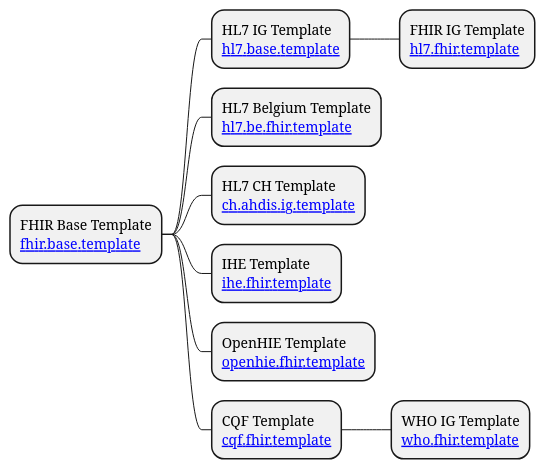
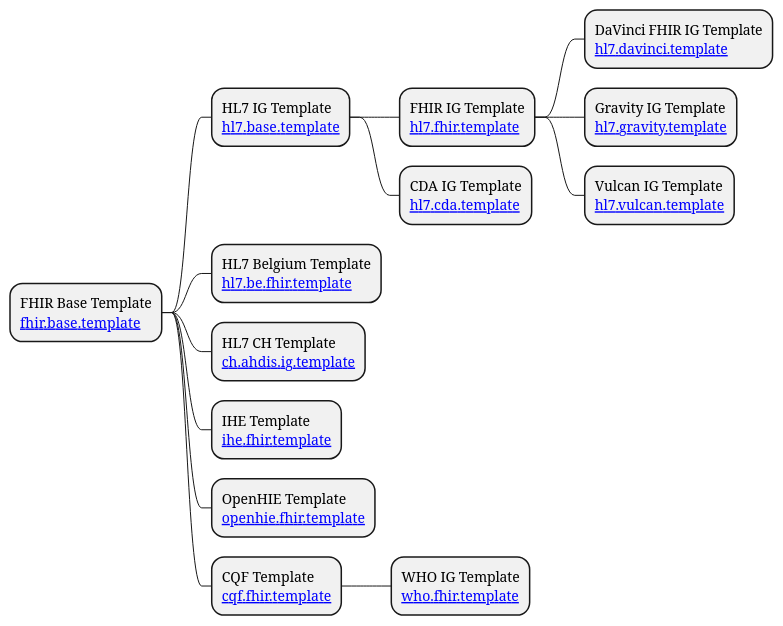
Before and after one commit to costateixeira/ig_templates: the diagram in templates.pu, drawn with PlantUML.

```diff
--- a/templates.pu
+++ b/templates.pu
@@ -1,13 +1,18 @@
 @startmindmap
 * FHIR Base Template\n[[https://github.com/HL7/ig-template-base{https://github.com/HL7/ig-template-base} fhir.base.template]]
 ** HL7 IG Template\n[[https://github.com/HL7/ig-template-hl7{https://github.com/HL7/ig-template-hl7} hl7.base.template]]
 *** FHIR IG Template\n[[https://github.com/HL7/ig-template-fhir{https://github.com/HL7/ig-template-fhir} hl7.fhir.template]]
+**** DaVinci FHIR IG Template\n[[https://github.com/HL7/ig-template-davinci{https://github.com/HL7/ig-template-davinci} hl7.davinci.template]]
+**** Gravity IG Template\n[[https://github.com/HL7/ig-template-gravity{https://github.com/HL7/ig-template-gravity} hl7.gravity.template]]
+**** Vulcan IG Template\n[[https://github.com/HL7/ig-template-vulcan{https://github.com/HL7/ig-template-vulcan} hl7.vulcan.template]]
+*** CDA IG Template\n[[https://github.com/HL7/ig-template-cda{https://github.com/HL7/ig-template-cda} hl7.cda.template]]
+
 '**** HL7 IT Template\n[[https://github.com/HL7/ig-template-fhir{} hl7.it.fhir.template]]
 '** FHIR Affiliate IG Template\n[[hl7.affiliates.fhir.template]]
 ** HL7 Belgium Template\n[[https://github.com/hl7-be/hl7.be.fhir.template{https://github.com/hl7-be/hl7.be.fhir.template} hl7.be.fhir.template]]
 ** HL7 CH Template\n[[https://github.com/ahdis/ig-template{https://github.com/ahdis/ig-template} ch.ahdis.ig.template]]
 ** IHE Template\n[[https://github.com/IHE/ihe-ig-template{https://github.com/IHE/ihe-ig-template} ihe.fhir.template]]
 ** OpenHIE Template\n[[https://github.com/openhie/openhie-ig-template{https://github.com/openhie/openhie-ig-template} openhie.fhir.template]]
 ** CQF Template\n[[https://github.com/cqframework/cqf-ig-template{https://github.com/cqframework/cqf-ig-template} cqf.fhir.template]]
 *** WHO IG Template\n[[https://github.com/WorldHealthOrganization/smart-ig{https://github.com/WorldHealthOrganization/smart-ig} who.fhir.template]]
 @endmindmap 
```
